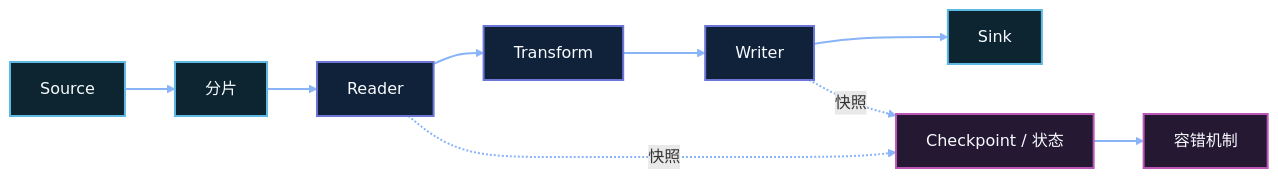
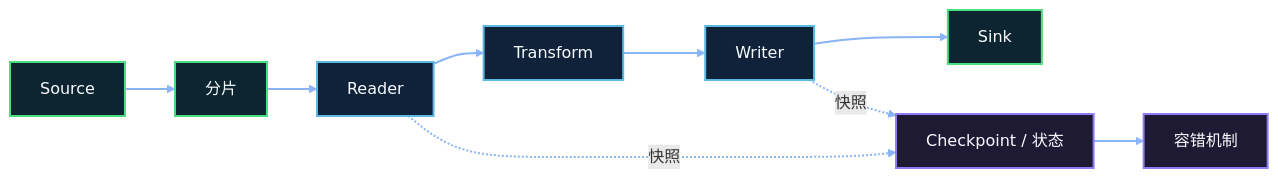
Before and after one commit to DanielLeens/seatunnel-website: the second of 2 diagrams in i18n/zh-CN/docusaurus-plugin-content-docs/version-2.3.13/introduction/architecture.md, drawn with Mermaid. The commit also changed other lines of this file and 1 other file, not shown here.

Commit message:
Limit mermaid diagrams to three accent colors

````diff
--- a/i18n/zh-CN/docusaurus-plugin-content-docs/version-2.3.13/introduction/architecture.md
+++ b/i18n/zh-CN/docusaurus-plugin-content-docs/version-2.3.13/introduction/architecture.md
@@ -63,16 +63,16 @@
 ```mermaid
 flowchart LR
     source[Source] --> split[分片] --> reader[Reader] --> transform[Transform] --> writer[Writer] --> sink[Sink]
     reader -. 快照 .-> state["Checkpoint / 状态"]
     writer -. 快照 .-> state
     state --> tolerance[容错机制]
 
-    classDef data fill:#0c2530,stroke:#5db8e2,stroke-width:2px,color:#f8fbff;
-    classDef runtime fill:#10223a,stroke:#6b76d6,stroke-width:2px,color:#f8fbff;
-    classDef guard fill:#241832,stroke:#bb56b6,stroke-width:2px,color:#f8fbff;
+    classDef data fill:#0c2530,stroke:#4ade80,stroke-width:2px,color:#f8fbff;
+    classDef runtime fill:#10223a,stroke:#5db8e2,stroke-width:2px,color:#f8fbff;
+    classDef guard fill:#1f1a34,stroke:#8d7cf6,stroke-width:2px,color:#f8fbff;
 
     class source,split,sink data;
     class reader,transform,writer runtime;
     class state,tolerance guard;
     linkStyle default stroke:#8ab4f8,stroke-width:2px;
 ```
````
